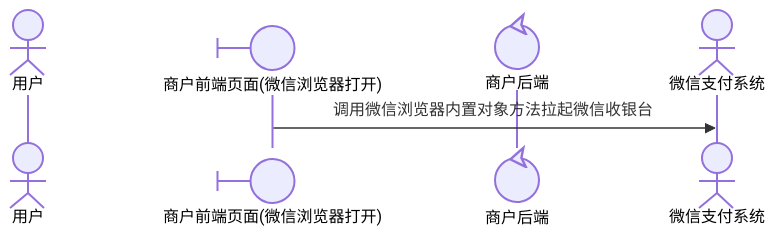
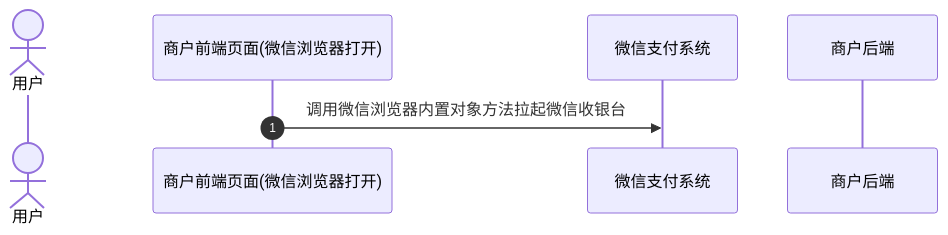
The second of 4 diagrams in docs/merchant/pages/4012791870.md (minibear2021/wechatpay_docs), drawn with Mermaid before and after one commit. The commit also changed other lines of this file and 7 other files, not shown here.

````diff
--- a/docs/merchant/pages/4012791870.md
+++ b/docs/merchant/pages/4012791870.md
@@ -90,9 +90,9 @@
 ```mermaid
 sequenceDiagram
-    actor User as 用户
-    participant Mch@{ type: boundary } as 商户前端页面(微信浏览器打开)
-    participant Mch2@{ type: control } as 商户后端
-    participant WxPay@{ type: actor, xwattType: secondaryActor } as 微信支付系统
-
-	Mch->>WxPay: 调用微信浏览器内置对象方法拉起微信收银台
+  autonumber
+  actor p0 as 用户
+  participant p1 as 商户前端页面(微信浏览器打开)
+  participant p2 as 微信支付系统
+  participant p3 as 商户后端
+  p1->>p2: 调用微信浏览器内置对象方法拉起微信收银台
 ```
````
